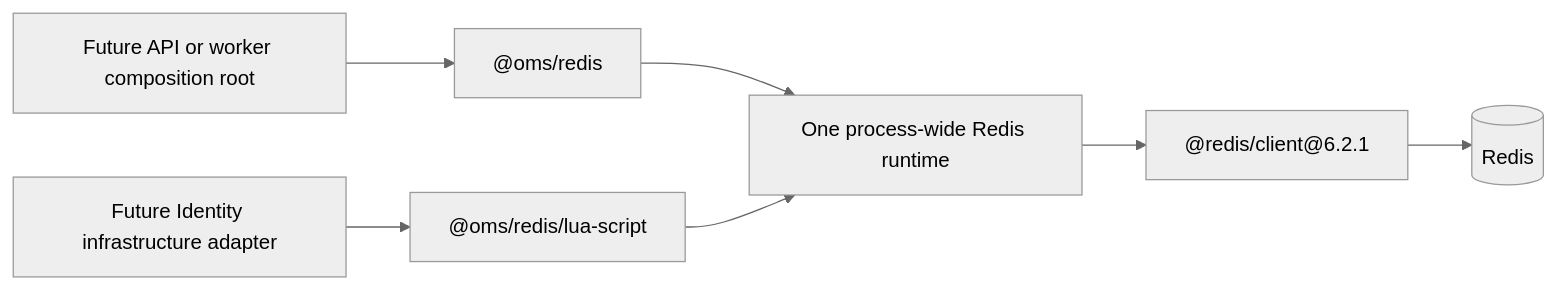
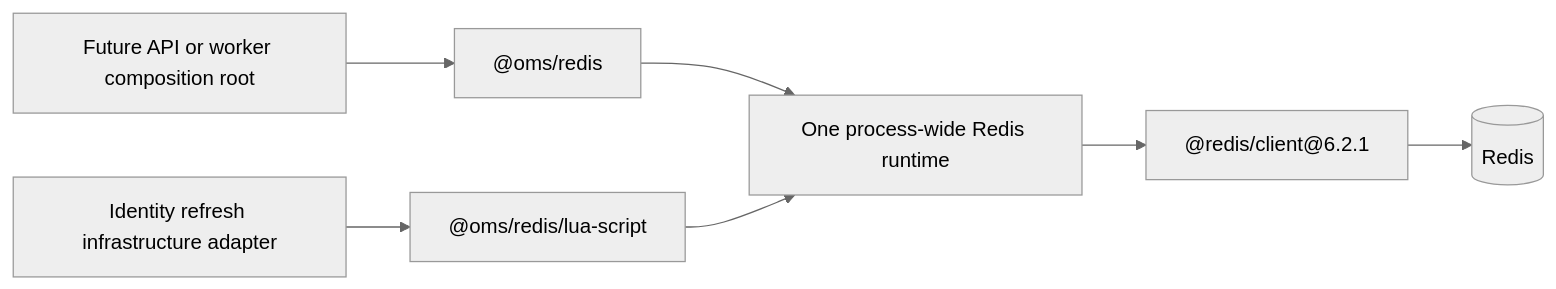
One commit to its-me-JK/order-management-system changed the diagram in docs/architecture/redis-runtime.md. Above: the diagram before and after it, drawn with Mermaid (neutral theme). The commit also changed other lines of this file and 21 other files, not shown here.

Commit message:
feat(identity): add Redis refresh abuse control

````diff
--- a/docs/architecture/redis-runtime.md
+++ b/docs/architecture/redis-runtime.md
@@ -21,9 +22,9 @@
 ```mermaid
 flowchart LR
     Composition[Future API or worker composition root] --> Root["@oms/redis"]
-    IdentityAdapter[Future Identity infrastructure adapter] --> Script["@oms/redis/lua-script"]
+    IdentityAdapter[Identity refresh infrastructure adapter] --> Script["@oms/redis/lua-script"]
     Root --> Runtime[One process-wide Redis runtime]
     Script --> Runtime
     Runtime --> Client["@redis/client@6.2.1"]
     Client --> Redis[(Redis)]
 ```
````
